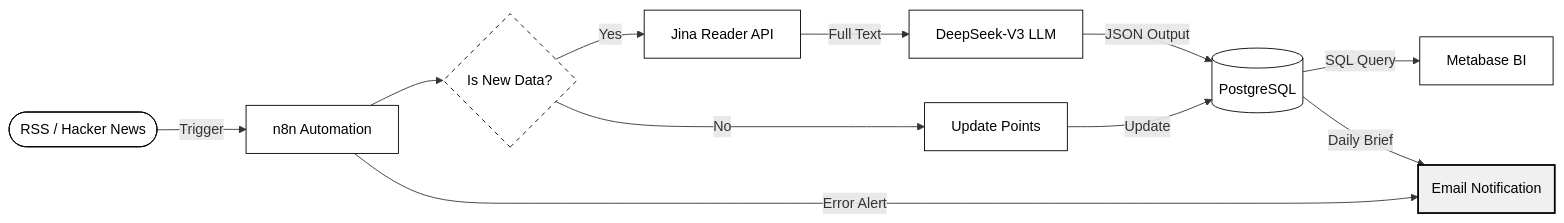
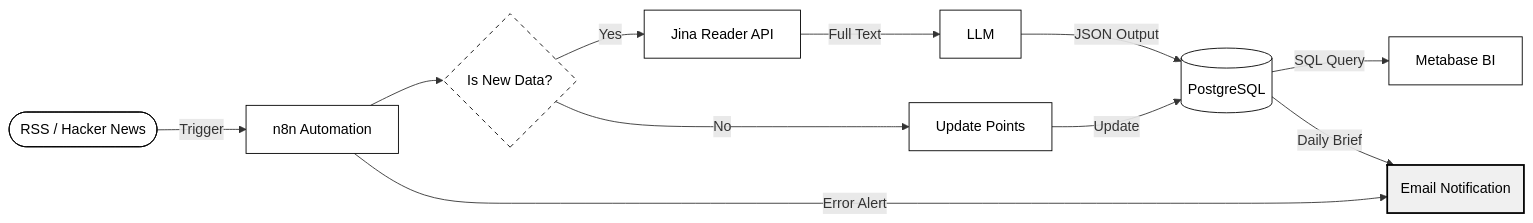
The diagram in README.md (Trainingdlu/TechNews_Intelligence), drawn with Mermaid before and after one commit. The commit also changed other lines of this file, not shown here.

````diff
--- a/README.md
+++ b/README.md
@@ -15,36 +16,36 @@
 ```mermaid
 flowchart LR
     classDef node fill:#ffffff,stroke:#000000,stroke-width:1px,color:#000000,rx:0,ry:0;
     classDef logic fill:#ffffff,stroke:#000000,stroke-width:1px,stroke-dasharray: 5 5,color:#000000;
     classDef db fill:#ffffff,stroke:#000000,stroke-width:1px,shape:cylinder,color:#000000;
     classDef notify fill:#f0f0f0,stroke:#000000,stroke-width:2px,color:#000000;
     
     A([RSS / Hacker News])
     B[n8n Automation]
     C{Is New Data?}
     D[Jina Reader API]
-    E[DeepSeek-V3 LLM]
+    E[LLM]
     F[Update Points]
     G[(PostgreSQL)]
     H[Metabase BI]
     I(Email Notification)
 
     A -->|Trigger| B
     B --> C
     
     C -- Yes --> D
     D -->|Full Text| E
     E -->|JSON Output| G
     
     C -- No --> F
     F -->|Update| G
     
     G -->|SQL Query| H
     G -->|Daily Brief| I  
     B -->|Error Alert| I
 
     class A,B,D,E,F,H node;
     class C logic;
     class G db;
     class I notify;
 ```
````
